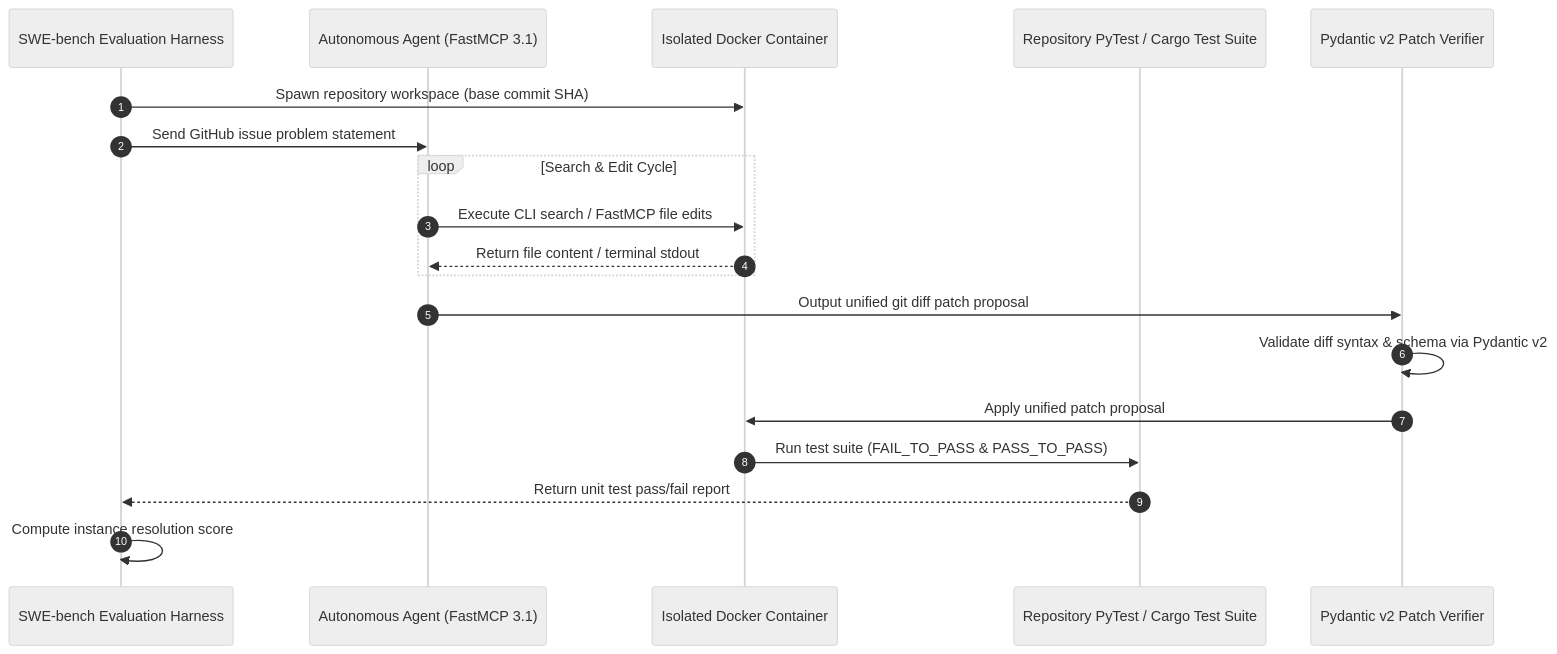
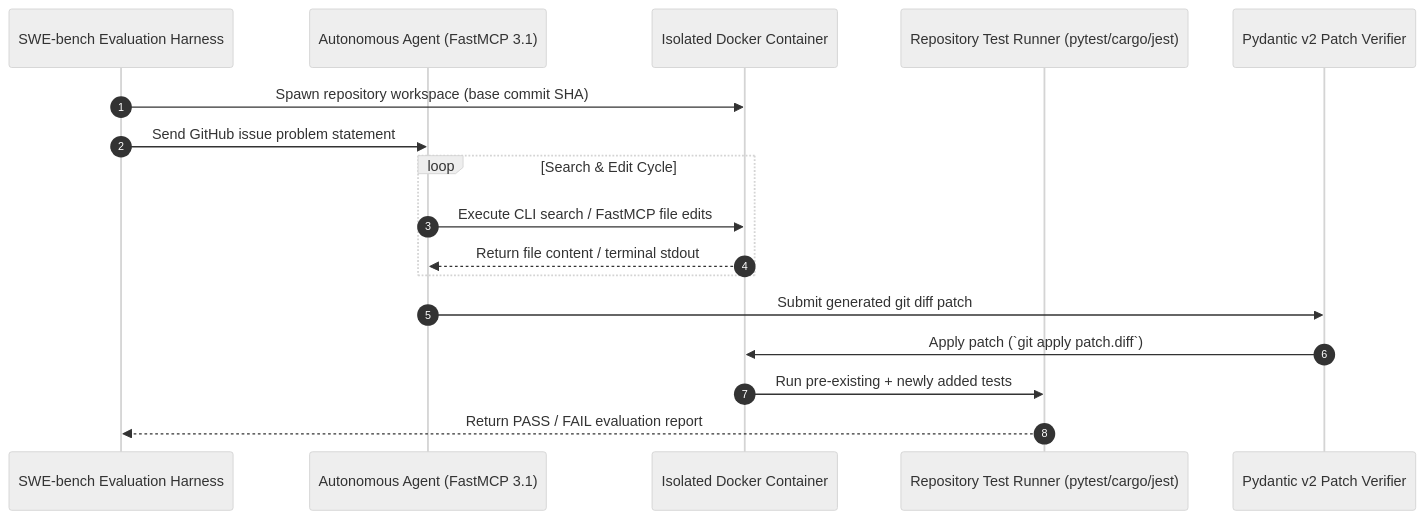
One commit to joanmarcriera/Home-office-automations changed the diagram in docs/tools/benchmarking/swe-bench.md. Above: the diagram before and after it, drawn with Mermaid (neutral theme). The commit also changed other lines of this file and 6 other files, not shown here.

````diff
--- a/docs/tools/benchmarking/swe-bench.md
+++ b/docs/tools/benchmarking/swe-bench.md
@@ -12,22 +12,20 @@
 ```mermaid
 sequenceDiagram
     autonumber
     participant Harness as SWE-bench Evaluation Harness
     participant Agent as Autonomous Agent (FastMCP 3.1)
     participant Container as Isolated Docker Container
-    participant TestSuite as Repository PyTest / Cargo Test Suite
+    participant TestSuite as Repository Test Runner (pytest/cargo/jest)
     participant Verifier as Pydantic v2 Patch Verifier
 
     Harness->>Container: Spawn repository workspace (base commit SHA)
     Harness->>Agent: Send GitHub issue problem statement
     loop Search & Edit Cycle
         Agent->>Container: Execute CLI search / FastMCP file edits
         Container-->>Agent: Return file content / terminal stdout
     end
-    Agent->>Verifier: Output unified git diff patch proposal
-    Verifier->>Verifier: Validate diff syntax & schema via Pydantic v2
-    Verifier->>Container: Apply unified patch proposal
-    Container->>TestSuite: Run test suite (FAIL_TO_PASS & PASS_TO_PASS)
-    TestSuite-->>Harness: Return unit test pass/fail report
-    Harness->>Harness: Compute instance resolution score
+    Agent->>Verifier: Submit generated git diff patch
+    Verifier->>Container: Apply patch (`git apply patch.diff`)
+    Container->>TestSuite: Run pre-existing + newly added tests
+    TestSuite-->>Harness: Return PASS / FAIL evaluation report
 ```
````
